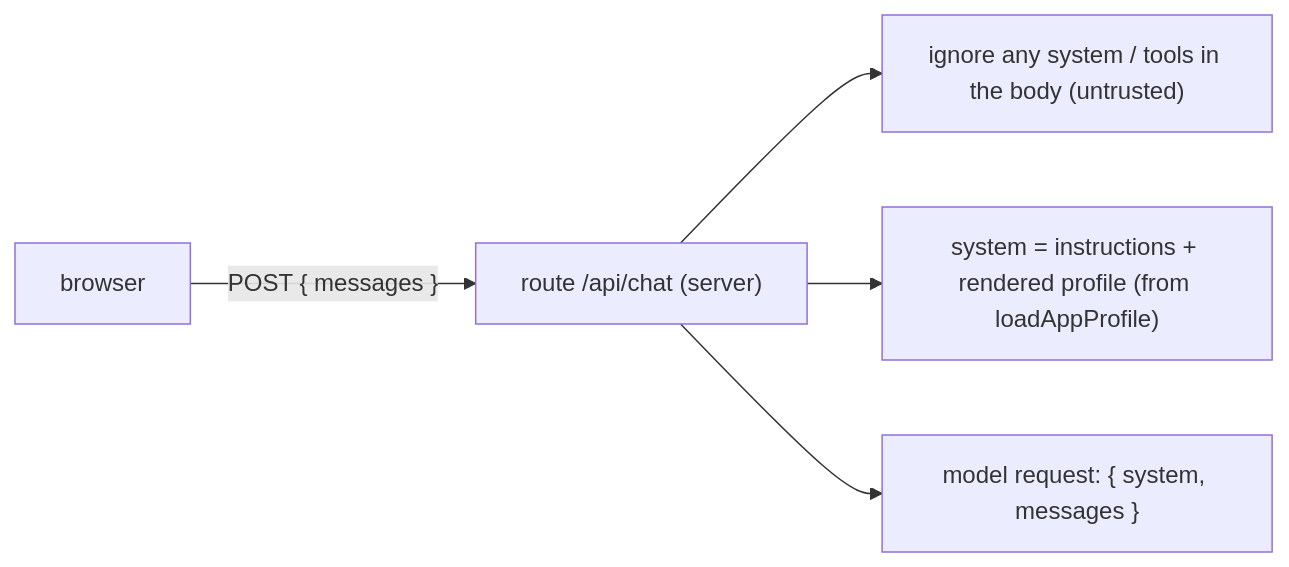
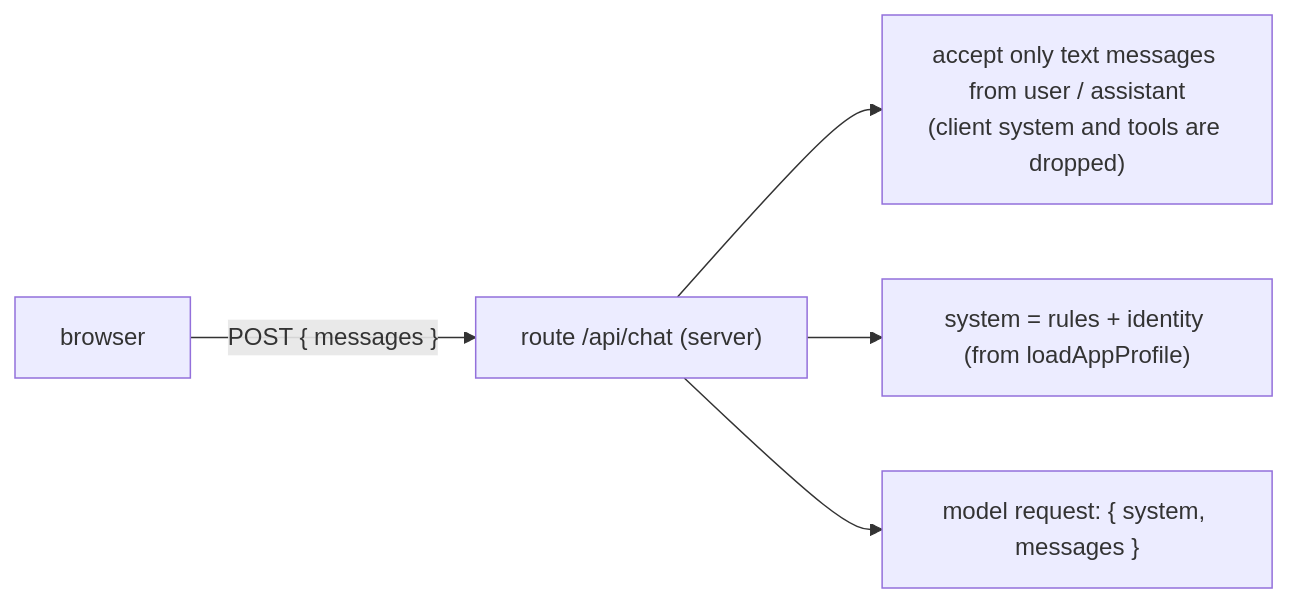
Before and after one commit to promptfolios/promptfolio: the diagram in docs/learning/system-prompt.md, drawn with Mermaid. The commit also changed other lines of this file and 5 other files, not shown here.

````diff
--- a/docs/learning/system-prompt.md
+++ b/docs/learning/system-prompt.md
@@ -21,7 +22,7 @@
 ```mermaid
 flowchart LR
     browser["browser"] -- "POST { messages }" --> route["route /api/chat (server)"]
-    route --> ignore["ignore any system / tools in the body (untrusted)"]
-    route --> system["system = instructions + rendered profile (from loadAppProfile)"]
+    route --> allow["accept only text messages from user / assistant<br/>(client system and tools are dropped)"]
+    route --> system["system = rules + identity (from loadAppProfile)"]
     route --> request["model request: { system, messages }"]
 ```
````
